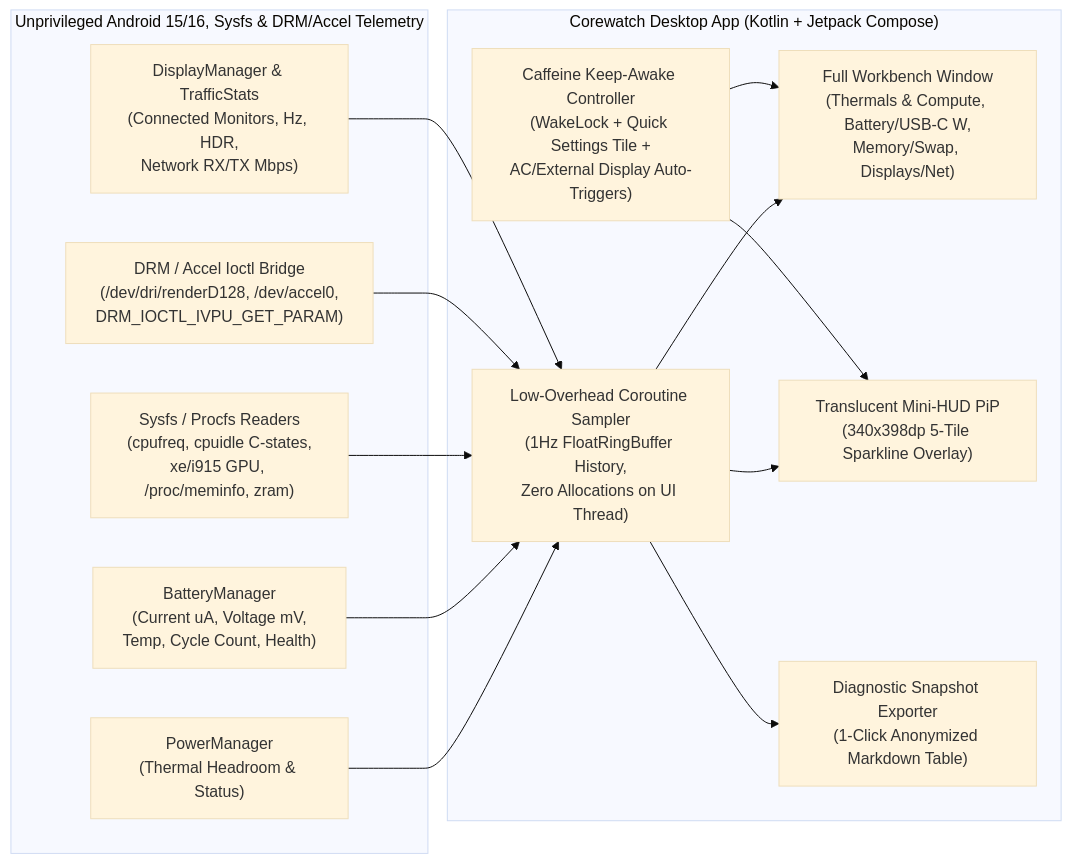
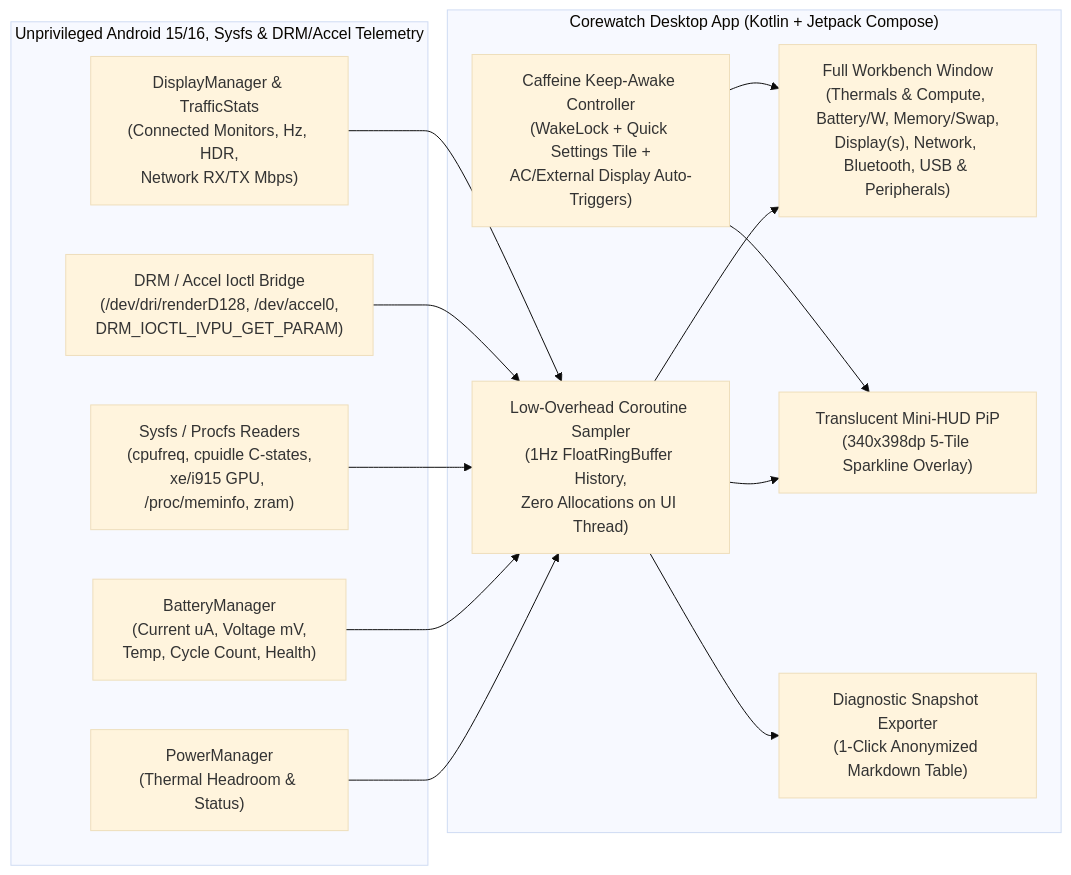
The diagram in README.md (alainmic/corewatch), drawn with Mermaid (base theme) before and after one commit. The commit also changed other lines of this file and 14 other files, not shown here.

````diff
--- a/README.md
+++ b/README.md
@@ -212,29 +212,29 @@
 ```mermaid
 flowchart LR
     subgraph Sources["Unprivileged Android 15/16, Sysfs & DRM/Accel Telemetry"]
         PowerMgr["PowerManager\n(Thermal Headroom & Status)"]
         BattMgr["BatteryManager\n(Current uA, Voltage mV,\nTemp, Cycle Count, Health)"]
         Sysfs["Sysfs / Procfs Readers\n(cpufreq, cpuidle C-states,\nxe/i915 GPU, /proc/meminfo, zram)"]
         AccelIoctl["DRM / Accel Ioctl Bridge\n(/dev/dri/renderD128, /dev/accel0,\nDRM_IOCTL_IVPU_GET_PARAM)"]
         DispMgr["DisplayManager & TrafficStats\n(Connected Monitors, Hz, HDR,\nNetwork RX/TX Mbps)"]
     end
 
     subgraph Corewatch["Corewatch Desktop App (Kotlin + Jetpack Compose)"]
         Sampler["Low-Overhead Coroutine Sampler\n(1Hz FloatRingBuffer History,\nZero Allocations on UI Thread)"]
-        FullUI["Full Workbench Window\n(Thermals & Compute, Battery/USB-C W,\nMemory/Swap, Displays/Net)"]
+        FullUI["Full Workbench Window\n(Thermals & Compute, Battery/W, Memory/Swap,\nDisplay(s), Network, Bluetooth, USB & Peripherals)"]
         MiniHUD["Translucent Mini-HUD PiP\n(340x398dp 5-Tile Sparkline Overlay)"]
         Caffeine["Caffeine Keep-Awake Controller\n(WakeLock + Quick Settings Tile +\nAC/External Display Auto-Triggers)"]
         Export["Diagnostic Snapshot Exporter\n(1-Click Anonymized Markdown Table)"]
     end
 
     PowerMgr --> Sampler
     BattMgr --> Sampler
     Sysfs --> Sampler
     AccelIoctl --> Sampler
     DispMgr --> Sampler
     Sampler --> FullUI
     Sampler --> MiniHUD
     Caffeine --> FullUI
     Caffeine --> MiniHUD
     Sampler --> Export
 ```
````
